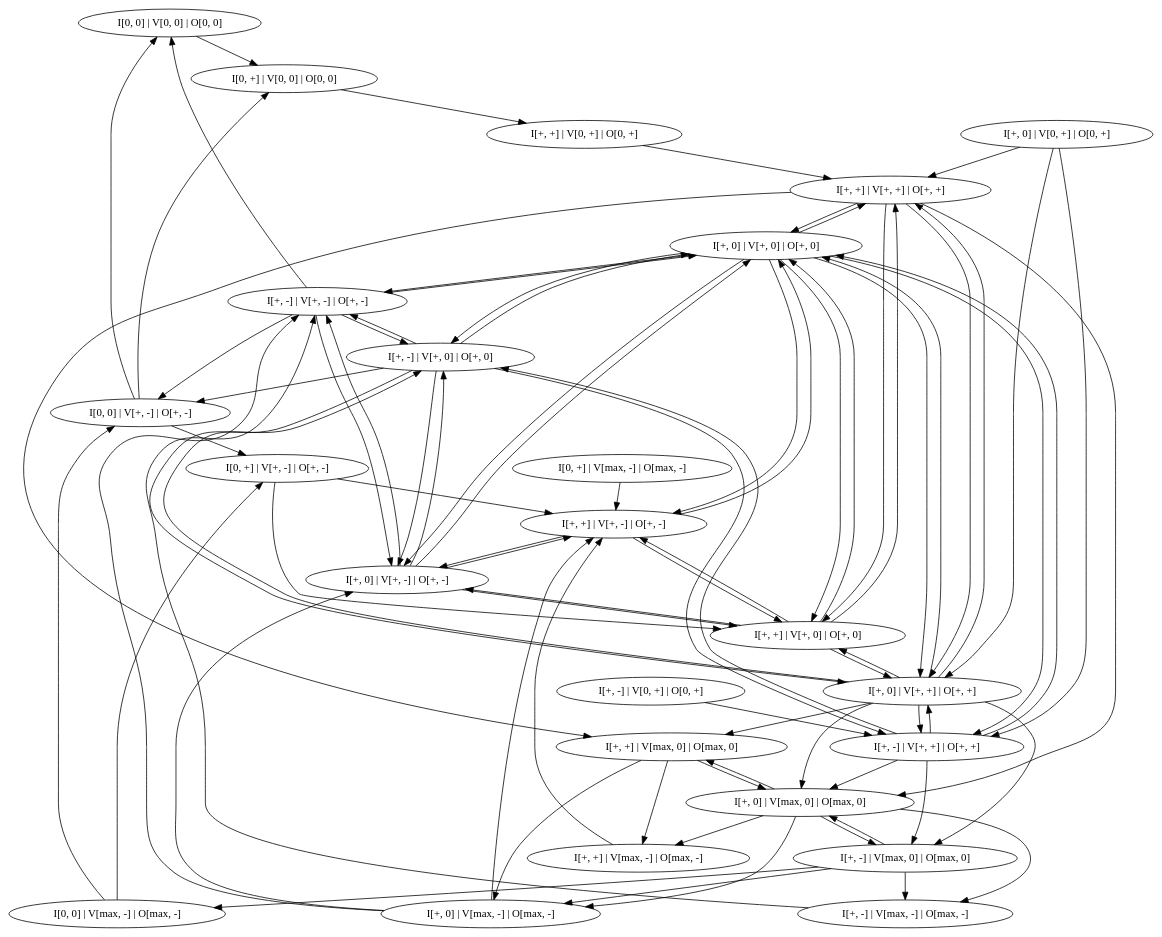
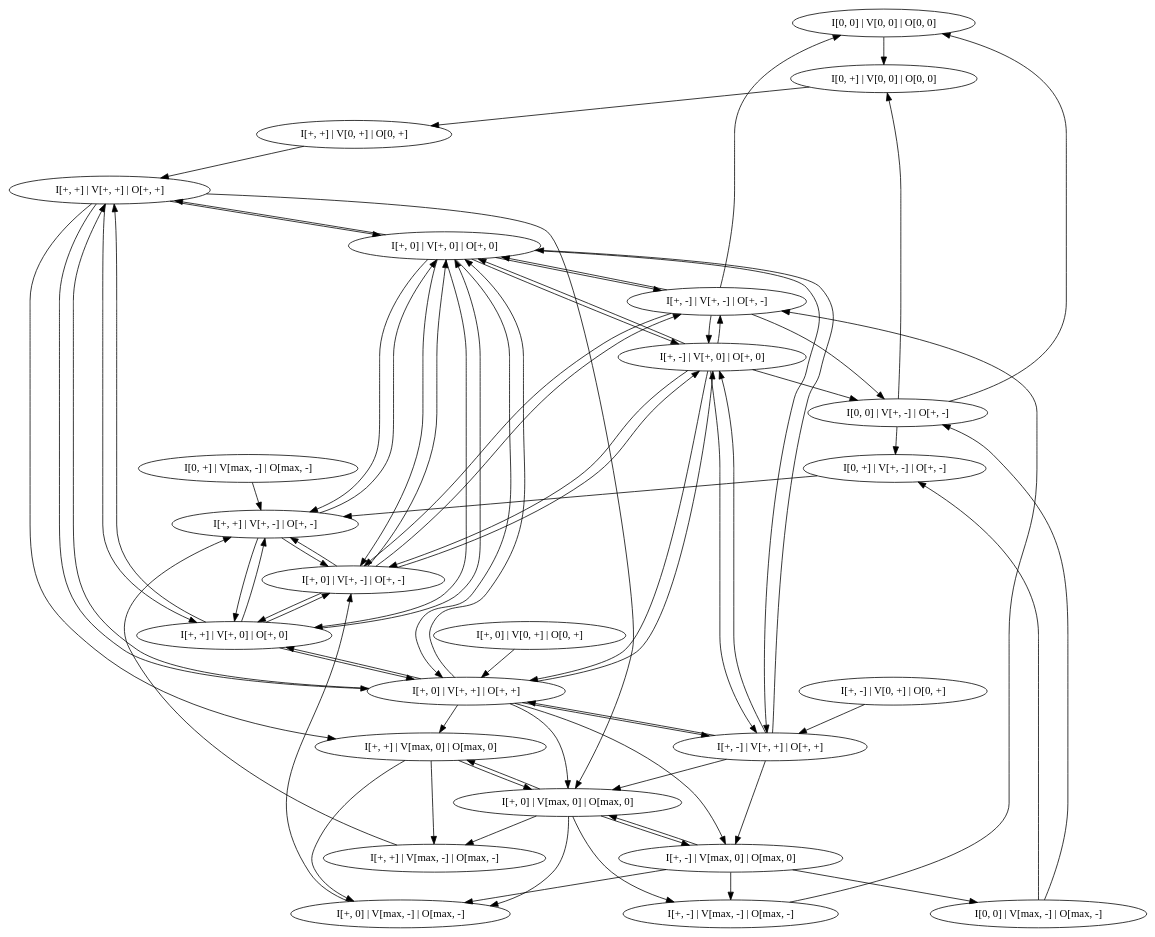
One commit to pmusce/qrsink changed the diagram in test-output/state-graph.gv. Above: the diagram before and after it, drawn with Graphviz. The commit also changed 2 other files, not shown here.

```diff
--- a/test-output/state-graph.gv
+++ b/test-output/state-graph.gv
@@ -1,109 +1,104 @@
 // Transition Graph
 digraph {
 	0 [label="I[0, 0] | V[0, 0] | O[0, 0]"]
 	1 [label="I[0, +] | V[0, 0] | O[0, 0]"]
 	2 [label="I[0, 0] | V[+, -] | O[+, -]"]
 	3 [label="I[0, +] | V[+, -] | O[+, -]"]
 	4 [label="I[0, 0] | V[max, -] | O[max, -]"]
 	5 [label="I[0, +] | V[max, -] | O[max, -]"]
 	6 [label="I[+, -] | V[0, +] | O[0, +]"]
 	7 [label="I[+, 0] | V[0, +] | O[0, +]"]
 	8 [label="I[+, +] | V[0, +] | O[0, +]"]
 	9 [label="I[+, -] | V[+, -] | O[+, -]"]
 	10 [label="I[+, 0] | V[+, -] | O[+, -]"]
 	11 [label="I[+, +] | V[+, -] | O[+, -]"]
 	12 [label="I[+, -] | V[+, 0] | O[+, 0]"]
 	13 [label="I[+, 0] | V[+, 0] | O[+, 0]"]
 	14 [label="I[+, +] | V[+, 0] | O[+, 0]"]
 	15 [label="I[+, -] | V[+, +] | O[+, +]"]
 	16 [label="I[+, 0] | V[+, +] | O[+, +]"]
 	17 [label="I[+, +] | V[+, +] | O[+, +]"]
 	18 [label="I[+, -] | V[max, -] | O[max, -]"]
 	19 [label="I[+, 0] | V[max, -] | O[max, -]"]
 	20 [label="I[+, +] | V[max, -] | O[max, -]"]
 	21 [label="I[+, -] | V[max, 0] | O[max, 0]"]
 	22 [label="I[+, 0] | V[max, 0] | O[max, 0]"]
 	23 [label="I[+, +] | V[max, 0] | O[max, 0]"]
 		0 -> 1
 		1 -> 8
 		2 -> 0
 		2 -> 1
 		2 -> 3
 		3 -> 11
-		3 -> 14
 		4 -> 2
 		4 -> 3
 		5 -> 11
 		6 -> 15
-		7 -> 15
 		7 -> 16
-		7 -> 17
 		8 -> 17
 		9 -> 0
 		9 -> 2
 		9 -> 10
 		9 -> 12
 		9 -> 13
 		10 -> 9
 		10 -> 11
 		10 -> 12
 		10 -> 13
 		10 -> 14
 		11 -> 10
 		11 -> 13
 		11 -> 14
 		12 -> 2
 		12 -> 9
 		12 -> 10
 		12 -> 13
 		12 -> 15
 		12 -> 16
 		13 -> 9
 		13 -> 10
 		13 -> 11
 		13 -> 12
 		13 -> 14
 		13 -> 15
 		13 -> 16
 		13 -> 17
 		14 -> 10
 		14 -> 11
 		14 -> 13
 		14 -> 16
 		14 -> 17
 		15 -> 12
 		15 -> 13
 		15 -> 16
 		15 -> 21
 		15 -> 22
 		16 -> 12
 		16 -> 13
 		16 -> 14
 		16 -> 15
 		16 -> 17
 		16 -> 21
 		16 -> 22
 		16 -> 23
 		17 -> 13
 		17 -> 14
 		17 -> 16
 		17 -> 22
 		17 -> 23
 		18 -> 9
-		19 -> 9
 		19 -> 10
-		19 -> 11
 		20 -> 11
 		21 -> 4
 		21 -> 18
 		21 -> 19
 		21 -> 22
 		22 -> 18
 		22 -> 19
 		22 -> 20
 		22 -> 21
 		22 -> 23
 		23 -> 19
 		23 -> 20
 		23 -> 22
 }
```
